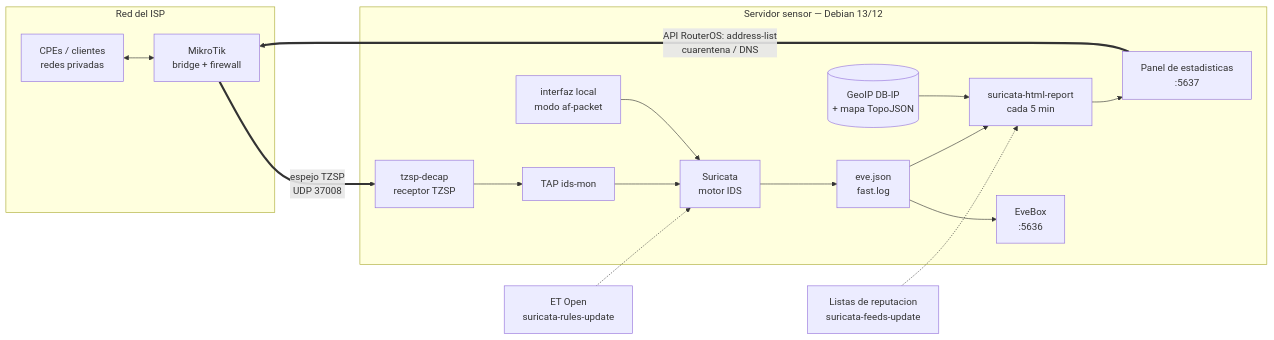
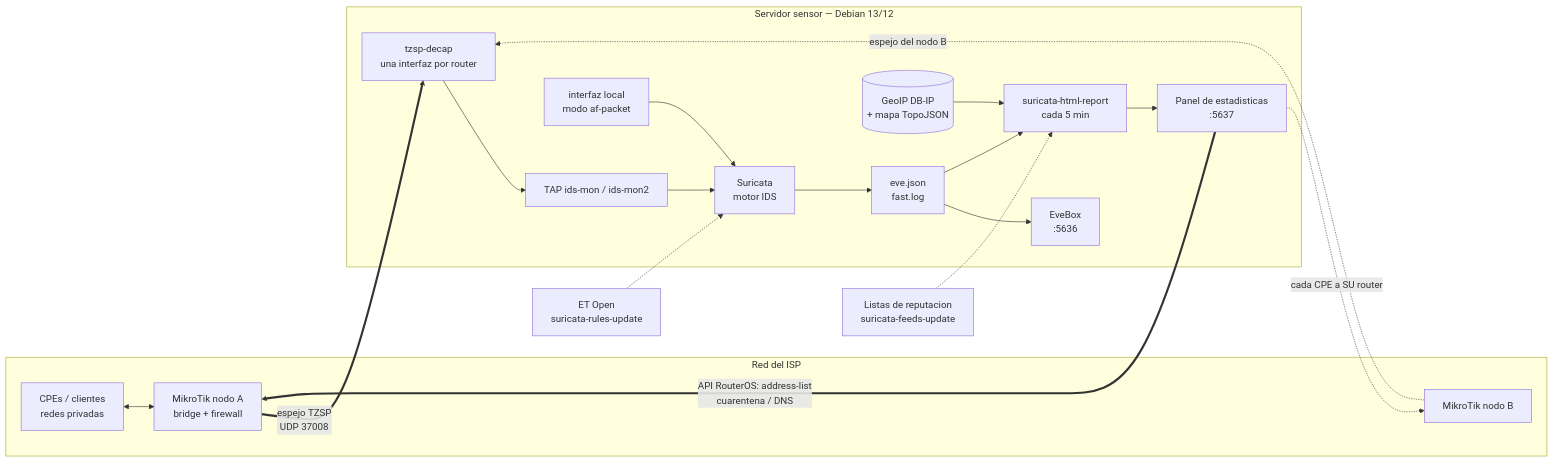
The diagram in README.md (mtandazo35/suricata-ids-lab), drawn with Mermaid before and after one commit. The commit also changed other lines of this file and 1 other file, not shown here.

First line of the commit message:
Multi-router (5/5): documentacion y guia de montaje

````diff
--- a/README.md
+++ b/README.md
@@ -21,25 +21,28 @@
 ```mermaid
 flowchart LR
     subgraph red["Red del ISP"]
         cpe["CPEs / clientes<br/>redes privadas"]
-        mt["MikroTik<br/>bridge + firewall"]
+        mt["MikroTik nodo A<br/>bridge + firewall"]
+        mt2["MikroTik nodo B"]
         cpe <--> mt
     end
 
     mt == "espejo TZSP<br/>UDP 37008" ==> rx
+    mt2 -. "espejo del nodo B" .-> rx
 
     subgraph srv["Servidor sensor — Debian 13/12"]
-        rx["tzsp-decap<br/>receptor TZSP"] --> tap["TAP ids-mon"]
+        rx["tzsp-decap<br/>una interfaz por router"] --> tap["TAP ids-mon / ids-mon2"]
         nic["interfaz local<br/>modo af-packet"] --> sur
         tap --> sur["Suricata<br/>motor IDS"]
         sur --> eve["eve.json<br/>fast.log"]
         eve --> evebox["EveBox<br/>:5636"]
         eve --> rep["suricata-html-report<br/>cada 5 min"]
         rep --> panel["Panel de estadisticas<br/>:5637"]
         geo[("GeoIP DB-IP<br/>+ mapa TopoJSON")] --> rep
     end
 
     reglas["ET Open<br/>suricata-rules-update"] -.-> sur
     listas["Listas de reputacion<br/>suricata-feeds-update"] -.-> rep
     panel == "API RouterOS: address-list<br/>cuarentena / DNS" ==> mt
+    panel -. "cada CPE a SU router" .-> mt2
 ```
````
